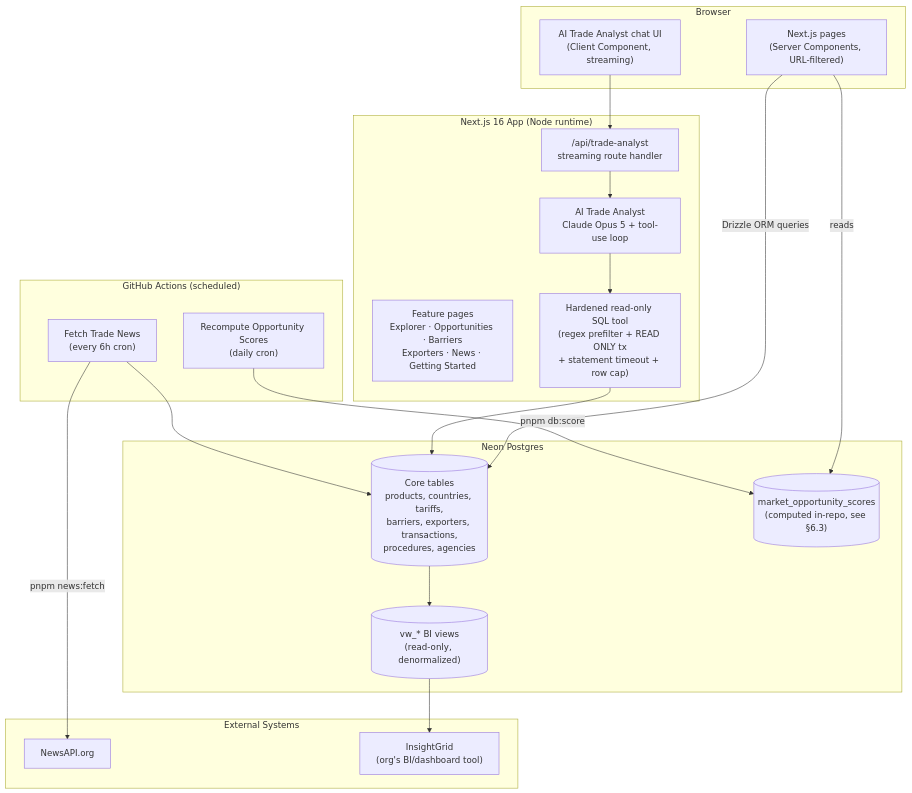
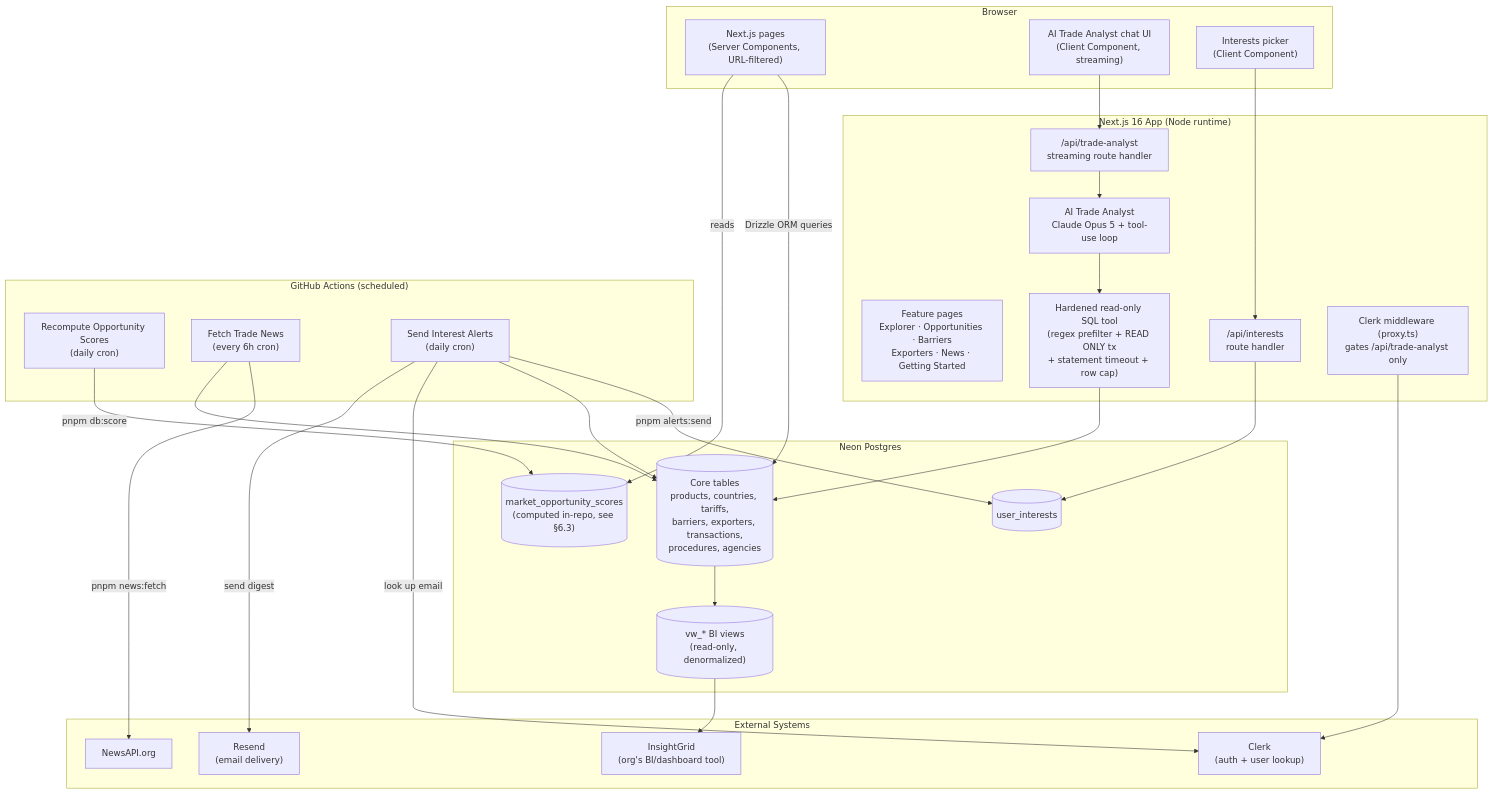
One commit to AbelKevinKipkosgei/kenya-trade-intelligence-platform changed the diagram in README.md. Above: the diagram before and after it, drawn with Mermaid. The commit also changed other lines of this file, not shown here.

First line of the commit message:
Document Clerk auth, interest alerts, and this session's fixes

````diff
--- a/README.md
+++ b/README.md
@@ -51,39 +51,52 @@
 ```mermaid
 flowchart TB
     subgraph Client["Browser"]
         UI["Next.js pages<br/>(Server Components, URL-filtered)"]
         Chat["AI Trade Analyst chat UI<br/>(Client Component, streaming)"]
+        Interests["Interests picker<br/>(Client Component)"]
     end
 
     subgraph App["Next.js 16 App (Node runtime)"]
         Pages["Feature pages<br/>Explorer · Opportunities · Barriers<br/>Exporters · News · Getting Started"]
         API["/api/trade-analyst<br/>streaming route handler"]
+        InterestsAPI["/api/interests<br/>route handler"]
         Analyst["AI Trade Analyst<br/>Claude Opus 5 + tool-use loop"]
         SQLTool["Hardened read-only SQL tool<br/>(regex prefilter + READ ONLY tx<br/>+ statement timeout + row cap)"]
+        Proxy["Clerk middleware (proxy.ts)<br/>gates /api/trade-analyst only"]
     end
 
     subgraph Data["Neon Postgres"]
         Core[("Core tables<br/>products, countries, tariffs,<br/>barriers, exporters, transactions,<br/>procedures, agencies")]
         Scores[("market_opportunity_scores<br/>(computed in-repo, see §6.3)")]
+        Interest_Table[("user_interests")]
         Views[("vw_* BI views<br/>(read-only, denormalized)")]
     end
 
     subgraph External["External Systems"]
         NewsAPI["NewsAPI.org"]
+        Clerk["Clerk<br/>(auth + user lookup)"]
+        Resend["Resend<br/>(email delivery)"]
         InsightGrid["InsightGrid<br/>(org's BI/dashboard tool)"]
     end
 
     subgraph Automation["GitHub Actions (scheduled)"]
         ScoreJob["Recompute Opportunity Scores<br/>(daily cron)"]
         NewsJob["Fetch Trade News<br/>(every 6h cron)"]
+        AlertsJob["Send Interest Alerts<br/>(daily cron)"]
     end
 
     UI -->|"Drizzle ORM queries"| Core
     UI -->|"reads"| Scores
     Chat --> API --> Analyst --> SQLTool --> Core
+    Interests --> InterestsAPI --> Interest_Table
+    Proxy --> Clerk
     ScoreJob -->|"pnpm db:score"| Scores
     NewsJob -->|"pnpm news:fetch"| NewsAPI
     NewsJob --> Core
+    AlertsJob -->|"pnpm alerts:send"| Interest_Table
+    AlertsJob --> Core
+    AlertsJob -->|"look up email"| Clerk
+    AlertsJob -->|"send digest"| Resend
     Core --> Views
     Views --> InsightGrid
 ```
````
